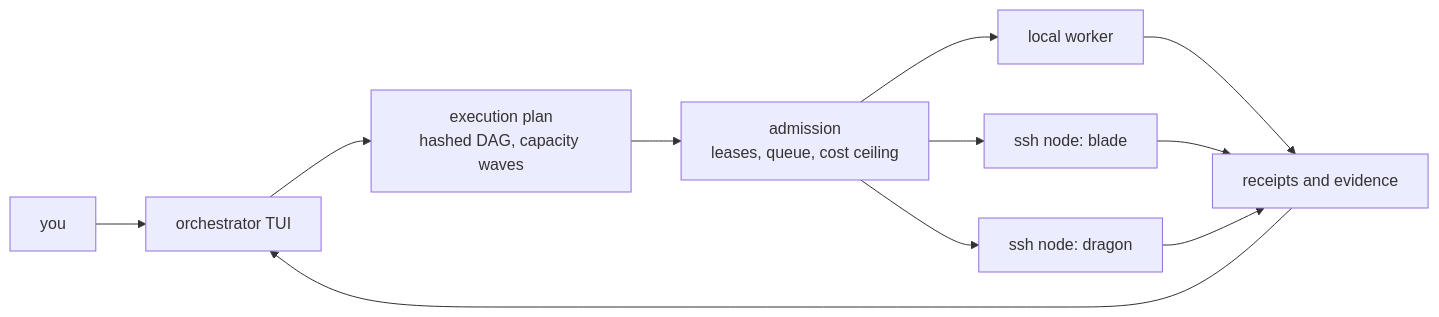
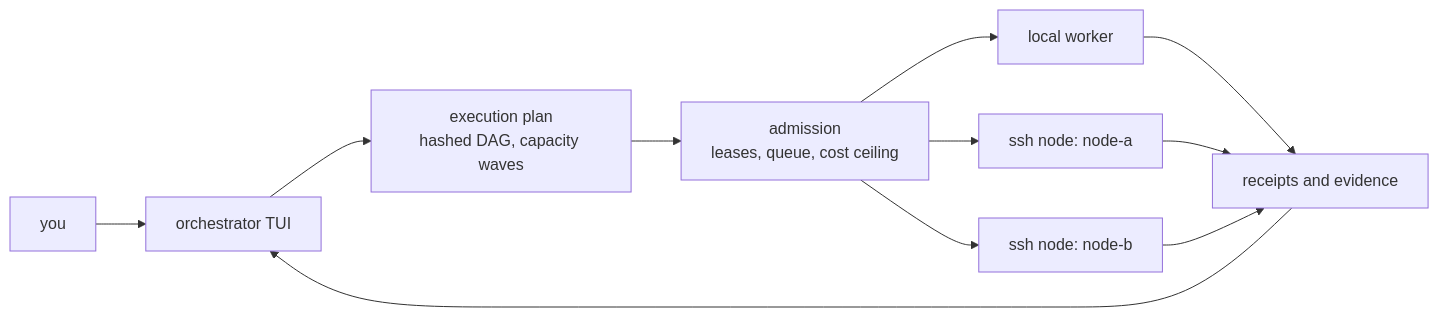
One commit to iowarp/clio-coder changed the first of 2 diagrams in README.md. Above: the diagram before and after it, drawn with Mermaid. The commit also changed other lines of this file and 4 other files, not shown here.

````diff
--- a/README.md
+++ b/README.md
@@ -324,13 +324,13 @@
 ```mermaid
 flowchart LR
   U["you"] --> O["orchestrator TUI"]
   O --> P["execution plan<br/>hashed DAG, capacity waves"]
   P --> A["admission<br/>leases, queue, cost ceiling"]
   A --> L["local worker"]
-  A --> S1["ssh node: blade"]
-  A --> S2["ssh node: dragon"]
+  A --> S1["ssh node: node-a"]
+  A --> S2["ssh node: node-b"]
   L --> R["receipts and evidence"]
   S1 --> R
   S2 --> R
   R --> O
 ```
````
